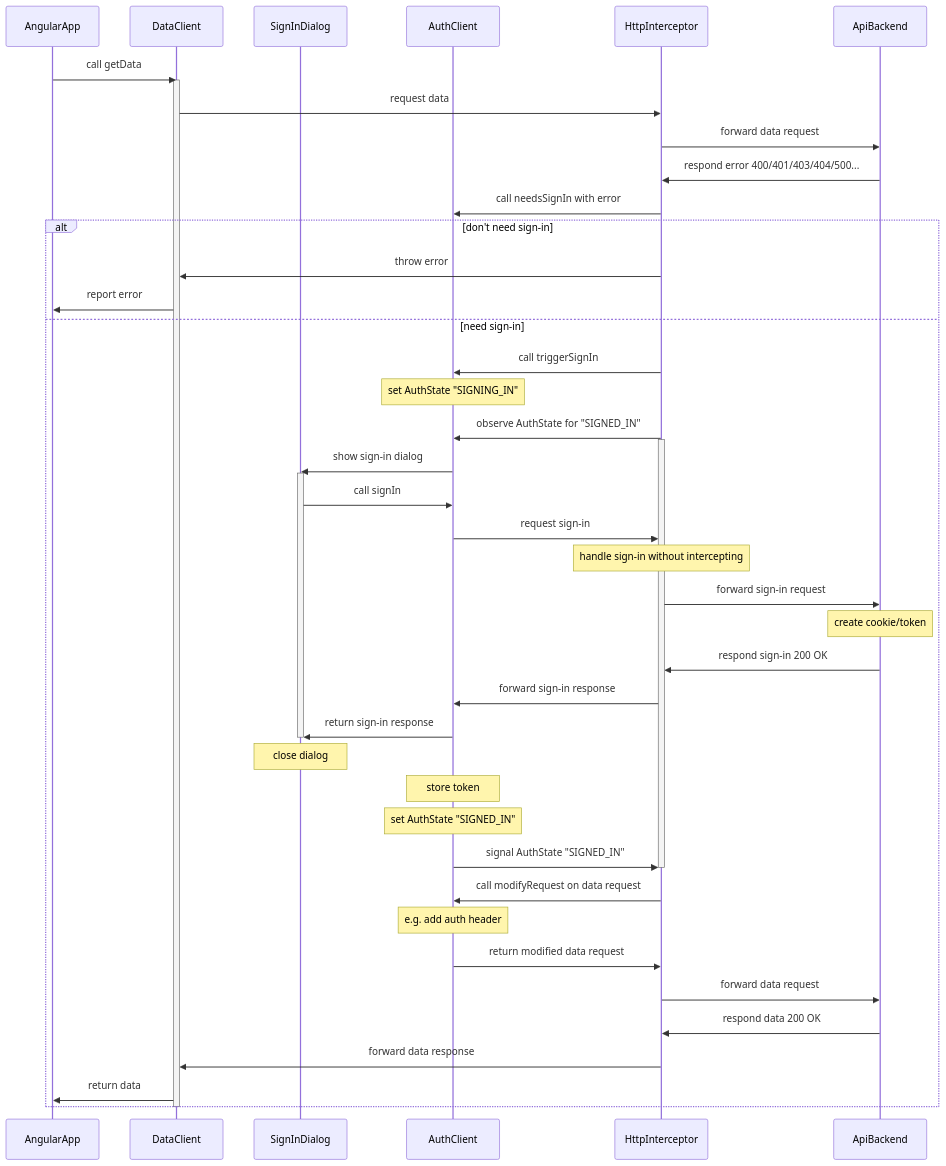
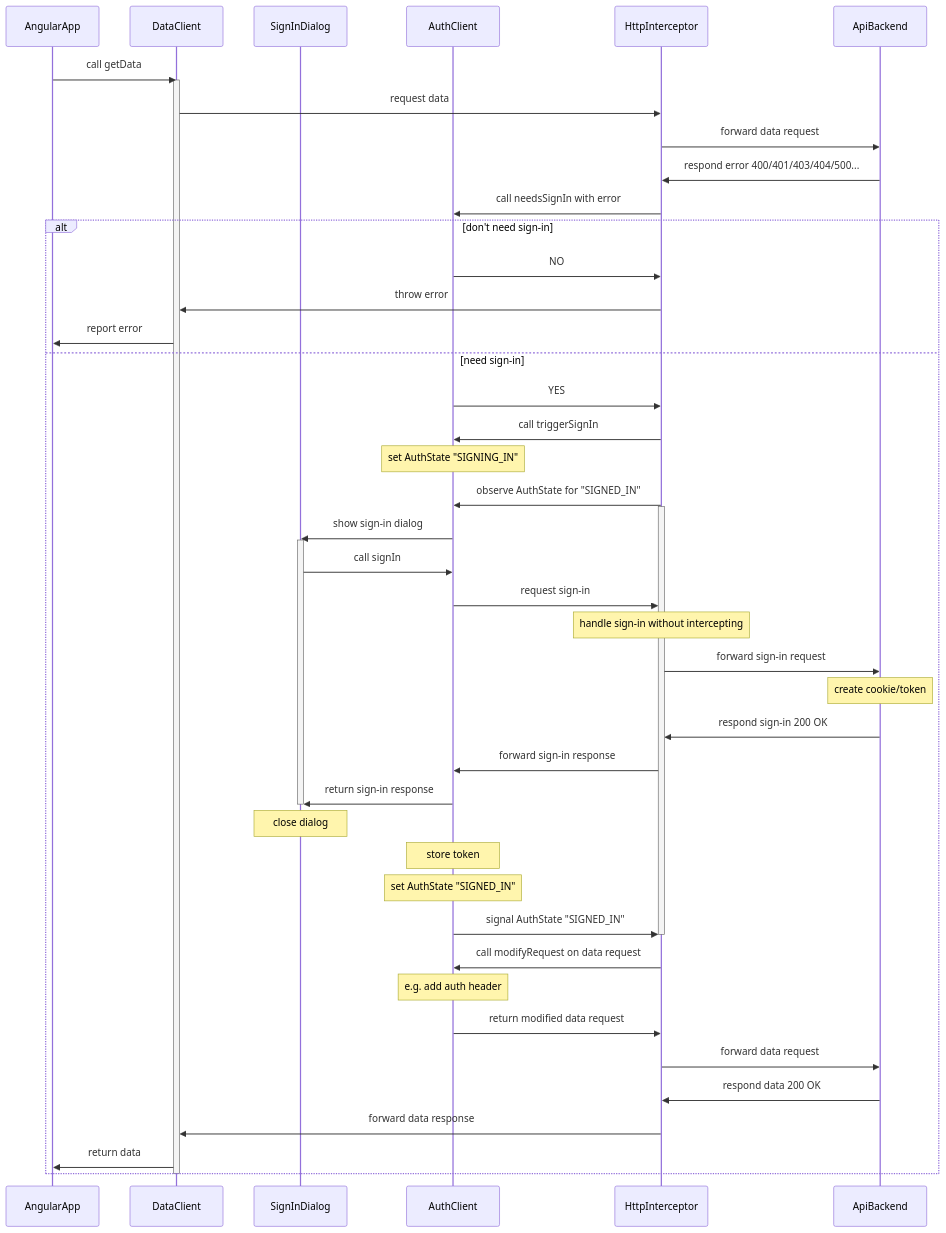
One commit to flens-dev/modern-angular changed the diagram in libs/tools/auth/README.md. Above: the diagram before and after it, drawn with Mermaid.

Commit message:
tools/auth - Update diagram

````diff
--- a/libs/tools/auth/README.md
+++ b/libs/tools/auth/README.md
@@ -3,49 +3,51 @@
 ```mermaid
 sequenceDiagram
   participant A as AngularApp
   participant D as DataClient
   participant L as SignInDialog
   participant S as AuthClient
   participant H as HttpInterceptor
   participant B as ApiBackend
 
   A->>D: call getData
   activate D
   D->>H: request data
   H->>B: forward data request
   B->>H: respond error 400/401/403/404/500...
   H->>S: call needsSignIn with error
   alt don't need sign-in
+    S->>H: NO
     H->>D: throw error
     D->>A: report error
   else need sign-in
+    S->>H:YES
     H->>S: call triggerSignIn
     Note over S: set AuthState "SIGNING_IN"
     H->>S: observe AuthState for "SIGNED_IN"
     activate H
     S->>L: show sign-in dialog
     activate L
     L->>S: call signIn
     S->>H: request sign-in
     Note over H: handle sign-in without intercepting
     H->>B: forward sign-in request
     Note over B: create cookie/token
     B->>H: respond sign-in 200 OK
     H->>S: forward sign-in response
     S->>L: return sign-in response
     deactivate L
     Note over L: close dialog
     Note over S: store token
     Note over S: set AuthState "SIGNED_IN"
     S->>H: signal AuthState "SIGNED_IN"
     deactivate H
     H->>S: call modifyRequest on data request
     Note over S: e.g. add auth header
     S->>H: return modified data request
     H->>B: forward data request
     B->>H: respond data 200 OK
     H->>D: forward data response
     D->>A: return data
   end
   deactivate D
 ```
````
